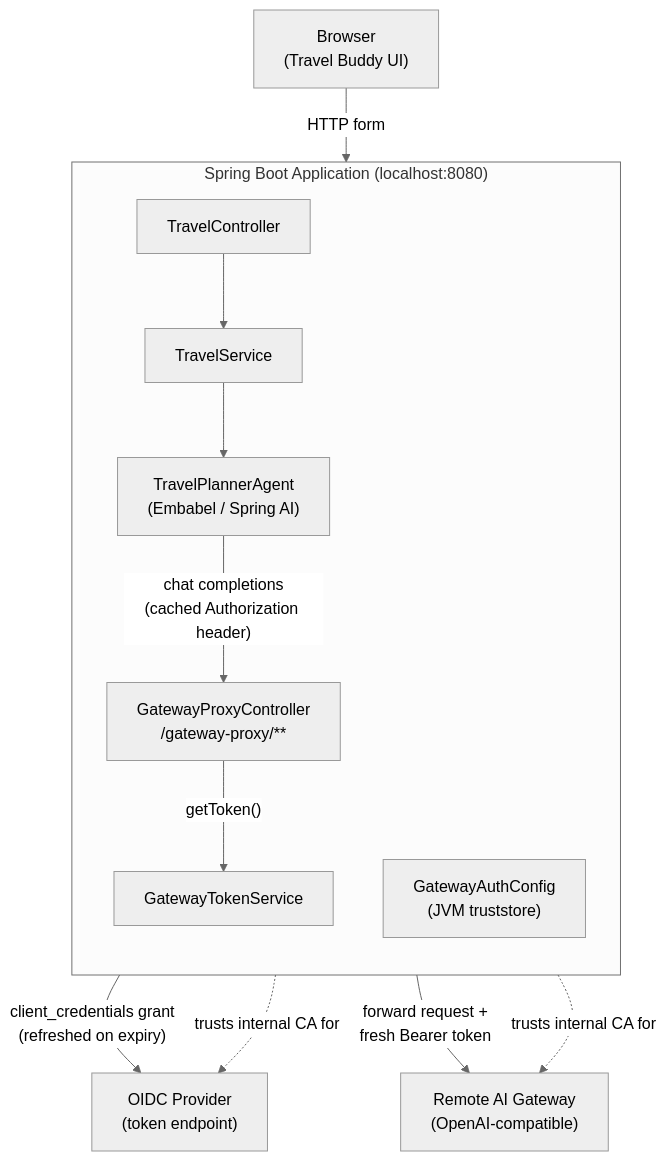
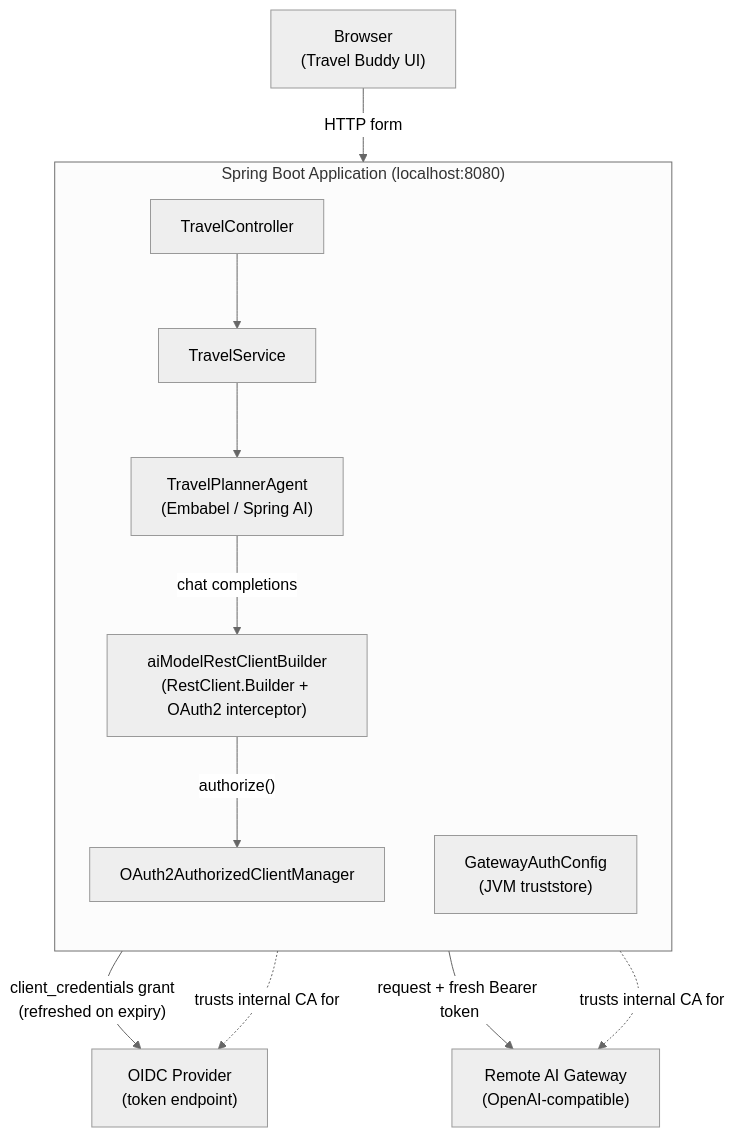
Before and after one commit to tillkuhn/travel-buddy: the first of 2 diagrams in README.md, drawn with Mermaid (neutral theme). The commit also changed other lines of this file and 9 other files, not shown here.

First line of the commit message:
Replace local gateway proxy with Spring Security OAuth2 client

````diff
--- a/README.md
+++ b/README.md
@@ -240,28 +243,28 @@
 ```mermaid
 flowchart TD
     Browser["Browser<br/>(Travel Buddy UI)"]
 
     subgraph JVM["Spring Boot Application (localhost:8080)"]
         direction TB
         Controller["TravelController"]
         Service["TravelService"]
         Agent["TravelPlannerAgent<br/>(Embabel / Spring AI)"]
-        Proxy["GatewayProxyController<br/>/gateway-proxy/**"]
-        TokenSvc["GatewayTokenService"]
+        Builder["aiModelRestClientBuilder<br/>(RestClient.Builder + OAuth2 interceptor)"]
+        Manager["OAuth2AuthorizedClientManager"]
         SSL["GatewayAuthConfig<br/>(JVM truststore)"]
 
         Controller --> Service
         Service --> Agent
-        Agent -->|"chat completions<br/>(cached Authorization header)"| Proxy
-        Proxy -->|"getToken()"| TokenSvc
+        Agent -->|"chat completions"| Builder
+        Builder -->|"authorize()"| Manager
     end
 
     OIDC["OIDC Provider<br/>(token endpoint)"]
     Gateway["Remote AI Gateway<br/>(OpenAI-compatible)"]
 
     Browser -->|"HTTP form"| Controller
-    TokenSvc -->|"client_credentials grant<br/>(refreshed on expiry)"| OIDC
-    Proxy -->|"forward request +<br/>fresh Bearer token"| Gateway
+    Manager -->|"client_credentials grant<br/>(refreshed on expiry)"| OIDC
+    Builder -->|"request + fresh Bearer token"| Gateway
     SSL -.->|"trusts internal CA for"| OIDC
     SSL -.->|"trusts internal CA for"| Gateway
 ```
````
